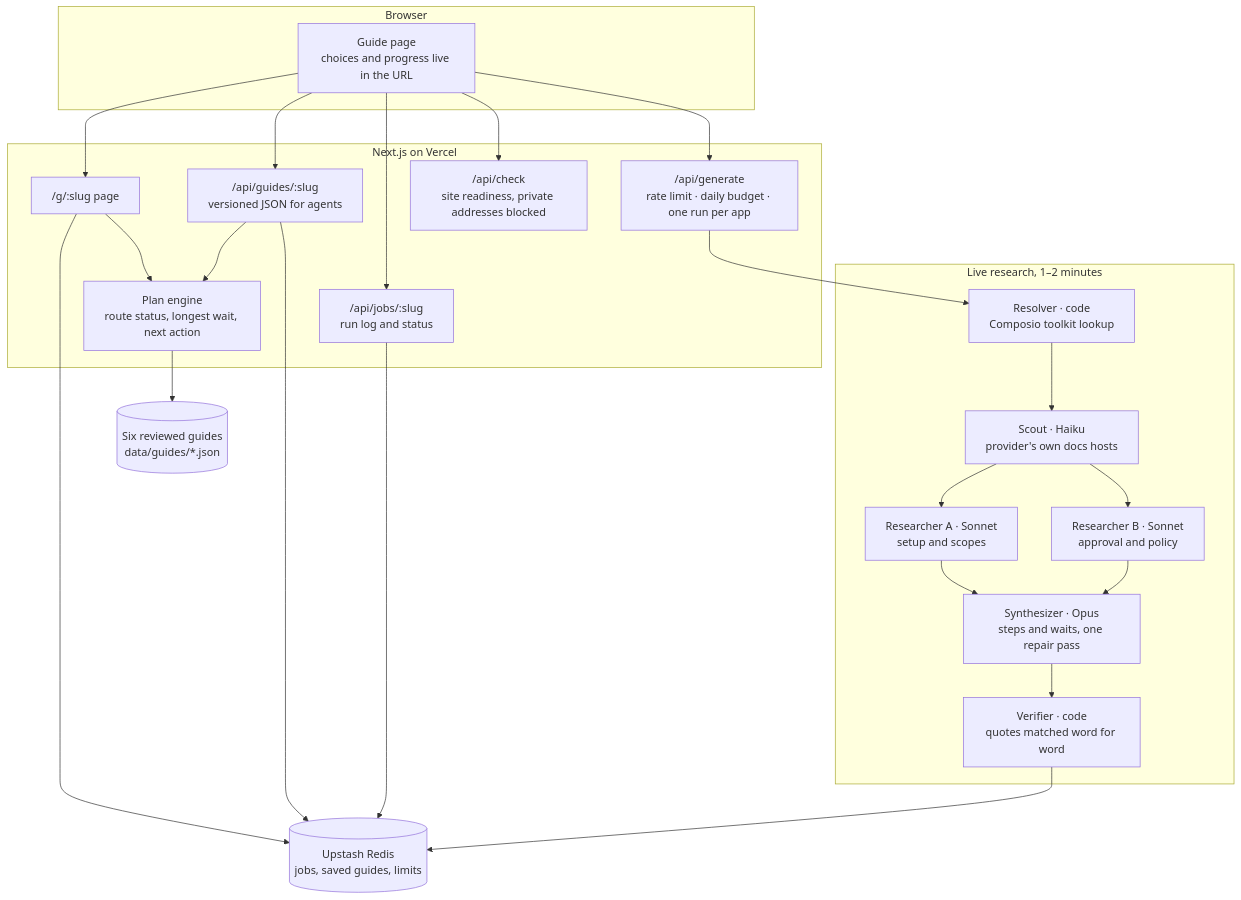
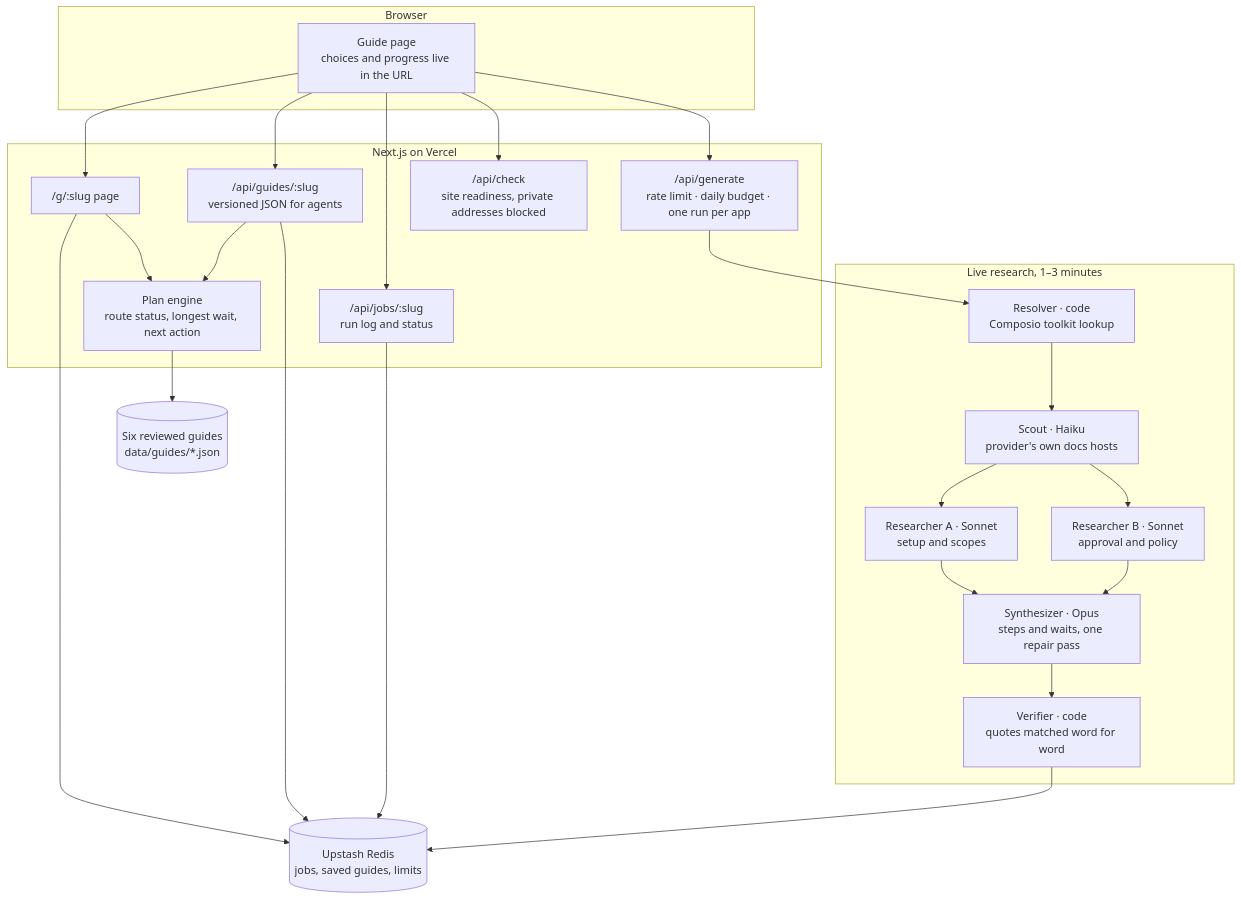
Before and after one commit to nanddave/clearance-oauth: the second of 2 diagrams in README.md, drawn with Mermaid. The commit also changed other lines of this file and 2 other files, not shown here.

Commit message:
docs: latest live research results (all claims backed by provider quotes)

````diff
--- a/README.md
+++ b/README.md
@@ -42,29 +42,29 @@
 ```mermaid
 flowchart TB
   subgraph Browser
     UI["Guide page<br/>choices and progress live in the URL"]
   end
   subgraph App["Next.js on Vercel"]
     G["/g/:slug page"]
     J["/api/guides/:slug<br/>versioned JSON for agents"]
     GEN["/api/generate<br/>rate limit · daily budget · one run per app"]
     POLL["/api/jobs/:slug<br/>run log and status"]
     CHK["/api/check<br/>site readiness, private addresses blocked"]
     ENG["Plan engine<br/>route status, longest wait, next action"]
   end
-  subgraph Research["Live research, 1–2 minutes"]
+  subgraph Research["Live research, 1–3 minutes"]
     R["Resolver · code<br/>Composio toolkit lookup"]
     S["Scout · Haiku<br/>provider's own docs hosts"]
     RA["Researcher A · Sonnet<br/>setup and scopes"]
     RB["Researcher B · Sonnet<br/>approval and policy"]
     SY["Synthesizer · Opus<br/>steps and waits, one repair pass"]
     V["Verifier · code<br/>quotes matched word for word"]
   end
   DATA[("Six reviewed guides<br/>data/guides/*.json")]
   KV[("Upstash Redis<br/>jobs, saved guides, limits")]
   UI --> G & J & GEN & POLL & CHK
   G & J --> ENG
   ENG --> DATA
   G & J & POLL --> KV
   GEN --> R --> S --> RA & RB --> SY --> V --> KV
 ```
````
